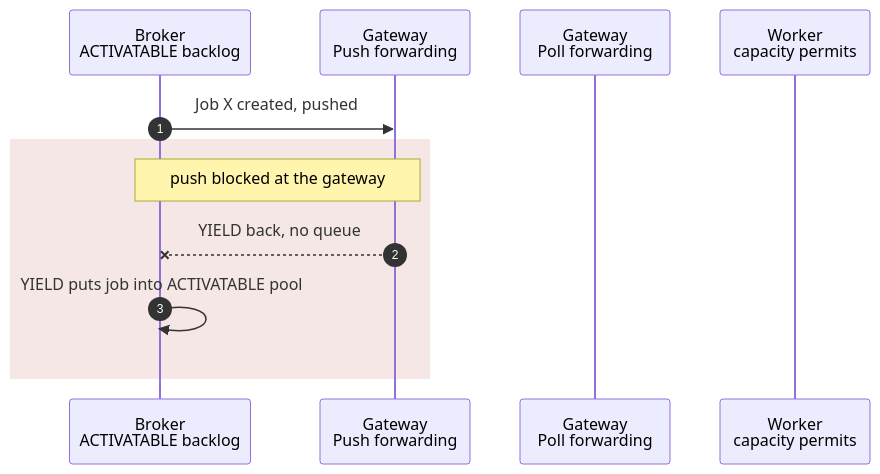
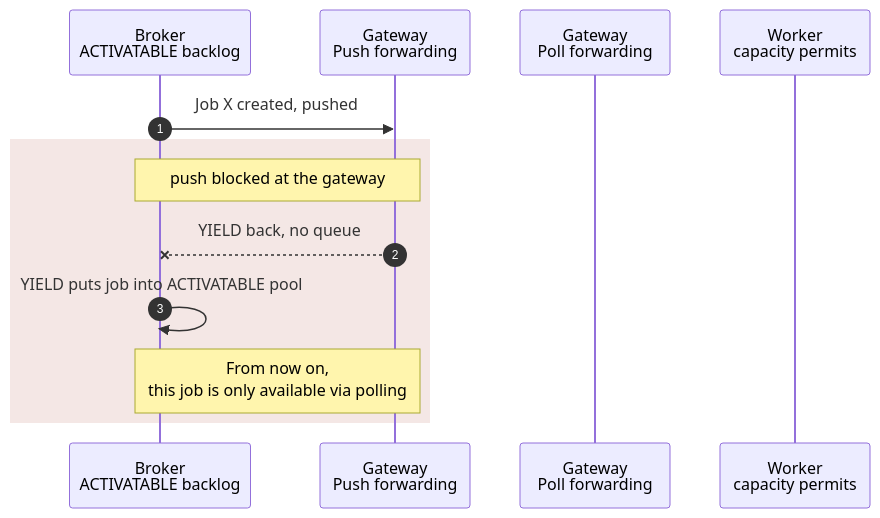
One commit to camunda/zeebe-chaos changed the second of 4 diagrams in chaos-days/blog/2026-08-06-worker-downtime-throughput-recovery/index.md. Above: the diagram before and after it, drawn with Mermaid.

Commit message:
feat: add additional note to seq diagram

````diff
--- a/chaos-days/blog/2026-08-06-worker-downtime-throughput-recovery/index.md
+++ b/chaos-days/blog/2026-08-06-worker-downtime-throughput-recovery/index.md
@@ -214,16 +214,17 @@
 ```mermaid
 sequenceDiagram
     autonumber
     participant B as Broker<br/>ACTIVATABLE backlog
     participant GPu as Gateway<br/>Push forwarding
     participant GPo as Gateway<br/>Poll forwarding
     participant W as Worker<br/>capacity permits
 
     B->>GPu: Job X created, pushed
 
     rect rgb(162, 59, 46, 0.12)
     Note over GPu,B: push blocked at the gateway
     GPu--xB: YIELD back, no queue
     B->>B: YIELD puts job into ACTIVATABLE pool
+    Note over GPu,B: From now on, <br>this job is only available via polling
     end
 ```
````
